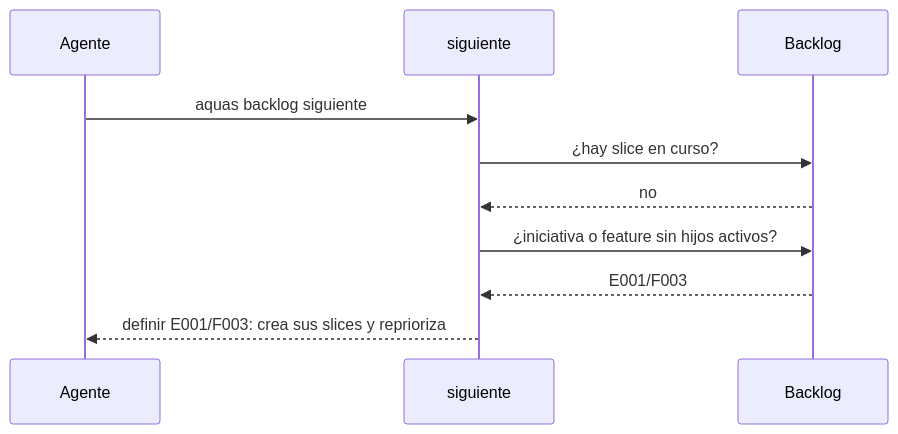
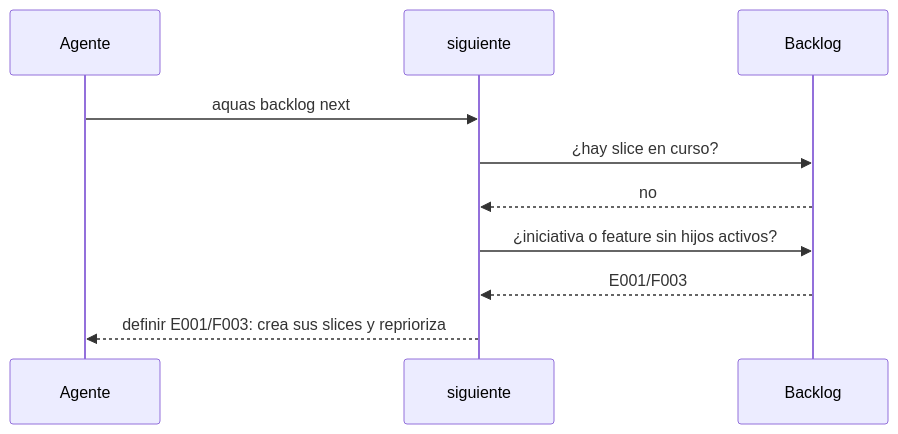
Before and after one commit to jliberal-aquas/aquas-central-harness-government: the diagram in docs/E001/F002/S008.md, drawn with Mermaid. The commit also changed other lines of this file and 184 other files, not shown here.

````diff
--- a/docs/E001/F002/S008.md
+++ b/docs/E001/F002/S008.md
@@ -39,12 +39,12 @@
 ```mermaid
 sequenceDiagram
     participant A as Agente
     participant S as siguiente
     participant B as Backlog
-    A->>S: aquas backlog siguiente
+    A->>S: aquas backlog next
     S->>B: ¿hay slice en curso?
     B-->>S: no
     S->>B: ¿iniciativa o feature sin hijos activos?
     B-->>S: E001/F003
     S-->>A: definir E001/F003: crea sus slices y reprioriza
 ```
````
